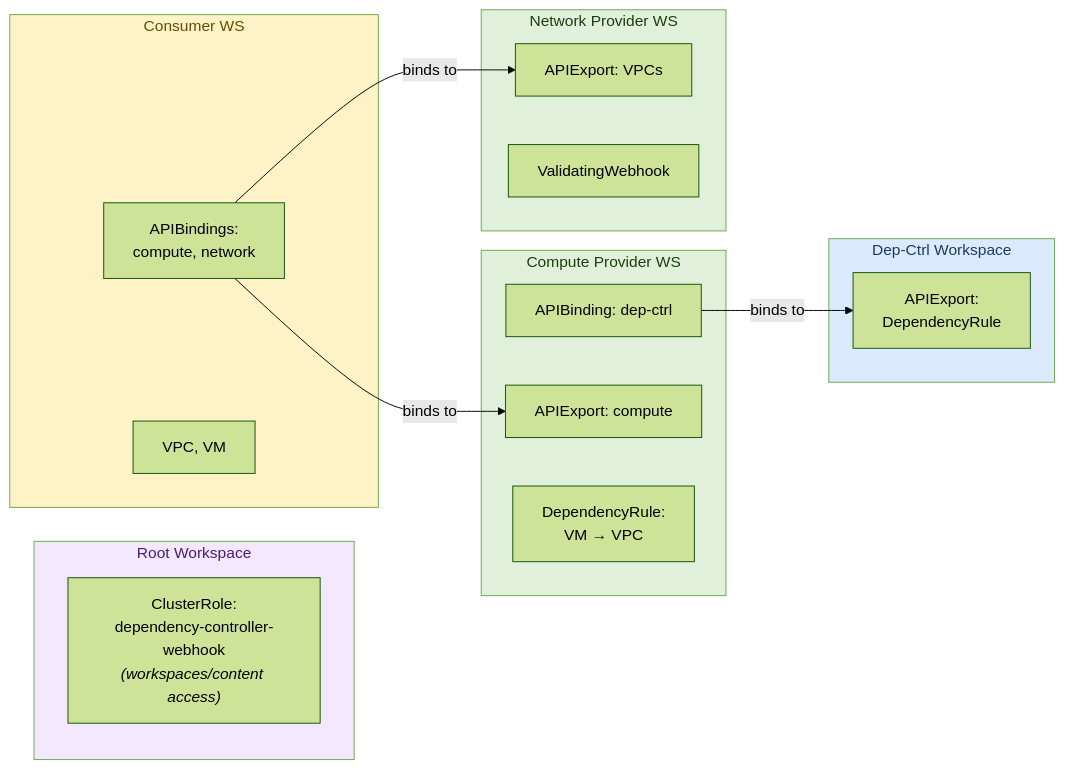
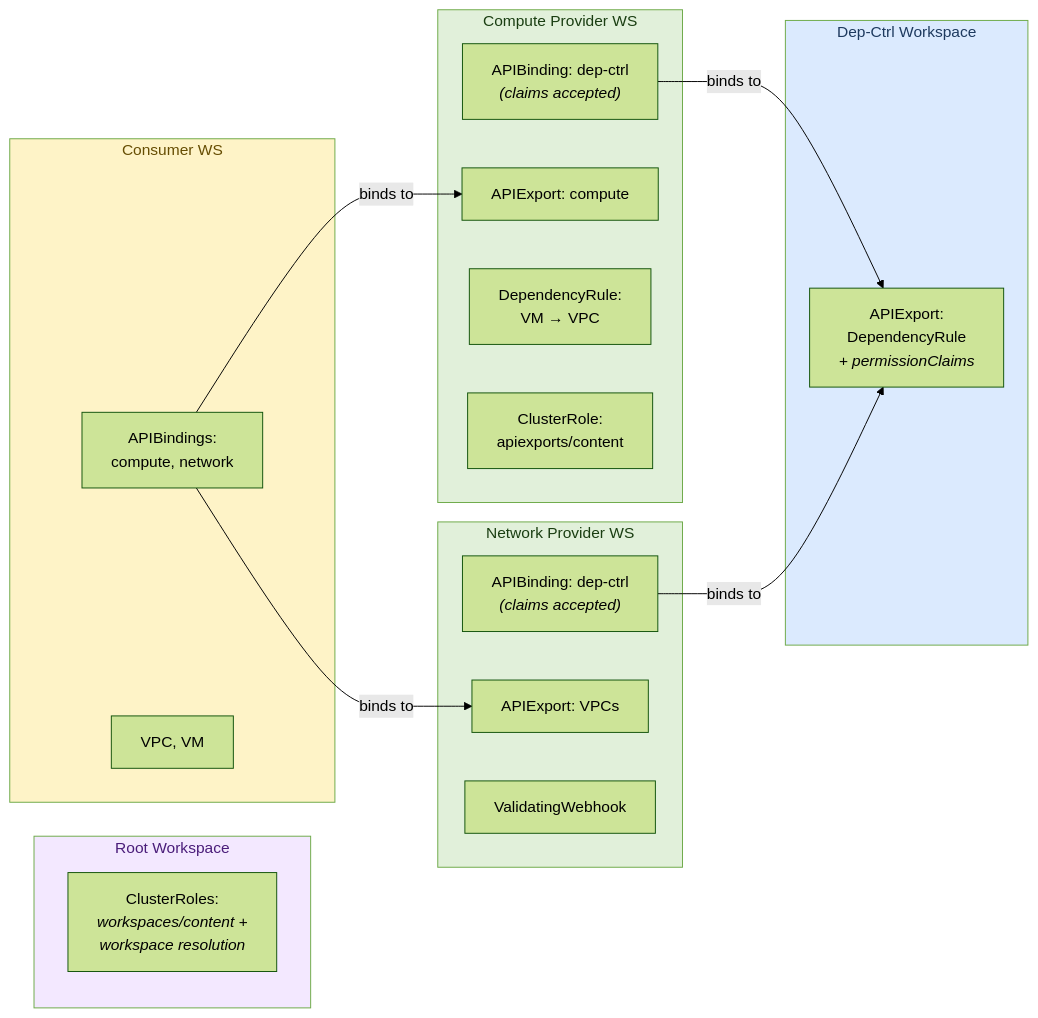
One commit to opendefensecloud/dependency-controller changed the first of 2 diagrams in docs/architecture.md. Above: the diagram before and after it, drawn with Mermaid (forest theme). The commit also changed other lines of this file and 15 other files, not shown here.

Commit message:
refactored how permissions work to allow controller and webhook to run with least privileges possible

````diff
--- a/docs/architecture.md
+++ b/docs/architecture.md
@@ -25,36 +25,39 @@
 ```mermaid
 graph LR
     subgraph DC["Dep-Ctrl Workspace"]
-        DCExport["APIExport:<br/>DependencyRule"]
+        DCExport["APIExport:<br/>DependencyRule<br/><i>+ permissionClaims</i>"]
     end
 
     subgraph CP["Compute Provider WS"]
-        CPBinding["APIBinding: dep-ctrl"]
+        CPBinding["APIBinding: dep-ctrl<br/><i>(claims accepted)</i>"]
         CPExport["APIExport: compute"]
         CPRule["DependencyRule:<br/>VM → VPC"]
+        CPRBAC["ClusterRole:<br/>apiexports/content"]
     end
 
     subgraph NP["Network Provider WS"]
+        NPBinding["APIBinding: dep-ctrl<br/><i>(claims accepted)</i>"]
         NPExport["APIExport: VPCs"]
         NPWebhook["ValidatingWebhook"]
     end
 
     subgraph ROOT["Root Workspace"]
-        ROOTROLE["ClusterRole:<br/>dependency-controller-webhook<br/><i>(workspaces/content access)</i>"]
+        ROOTROLE["ClusterRoles:<br/><i>workspaces/content +<br/>workspace resolution</i>"]
     end
 
     subgraph CW["Consumer WS"]
         CWBindings["APIBindings:<br/>compute, network"]
         CWResources["VPC, VM"]
     end
 
     CPBinding -->|binds to| DCExport
+    NPBinding -->|binds to| DCExport
     CWBindings -->|binds to| CPExport
     CWBindings -->|binds to| NPExport
 
     style DC fill:#dbeafe,color:#1e3a5f
     style CP fill:#e1f0da,color:#1a3e12
     style NP fill:#e1f0da,color:#1a3e12
     style ROOT fill:#f3e8ff,color:#4a1d7a
     style CW fill:#fef3c7,color:#664d03
 ```
````
